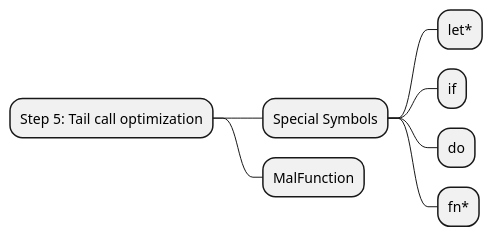
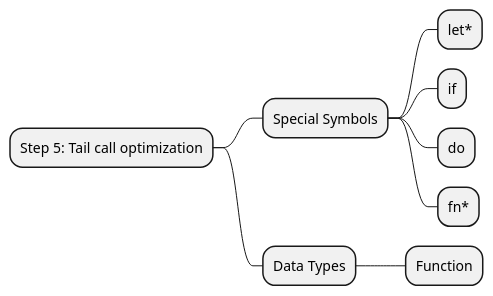
One commit to Ragnarok540/mal changed the sixth of 6 diagrams in README.md. Above: the diagram before and after it, drawn with PlantUML. The commit also changed 5 other files, not shown here.

````diff
--- a/README.md
+++ b/README.md
@@ -96,11 +96,12 @@
 ```plantuml
 @startmindmap
 # Step 5: Tail call optimization
 ## Special Symbols
 ### let*
 ### if
 ### do
 ### fn*
-## MalFunction
+## Data Types
+### Function
 @endmindmap
 ```
````
